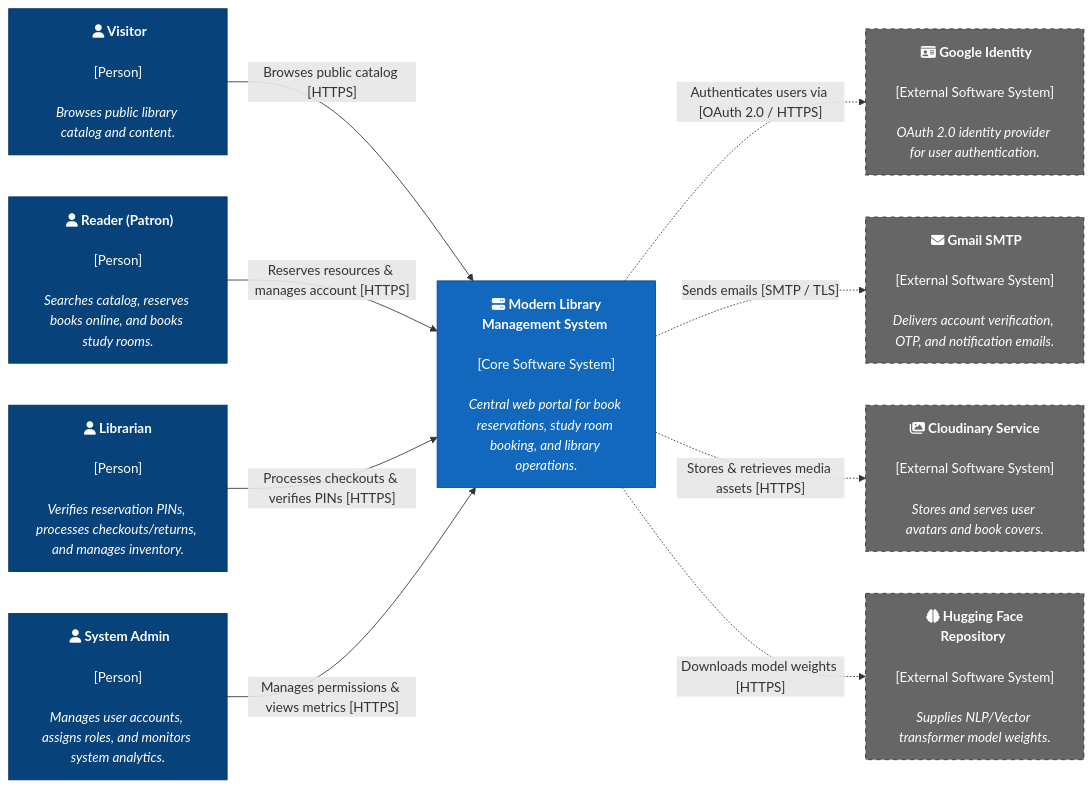
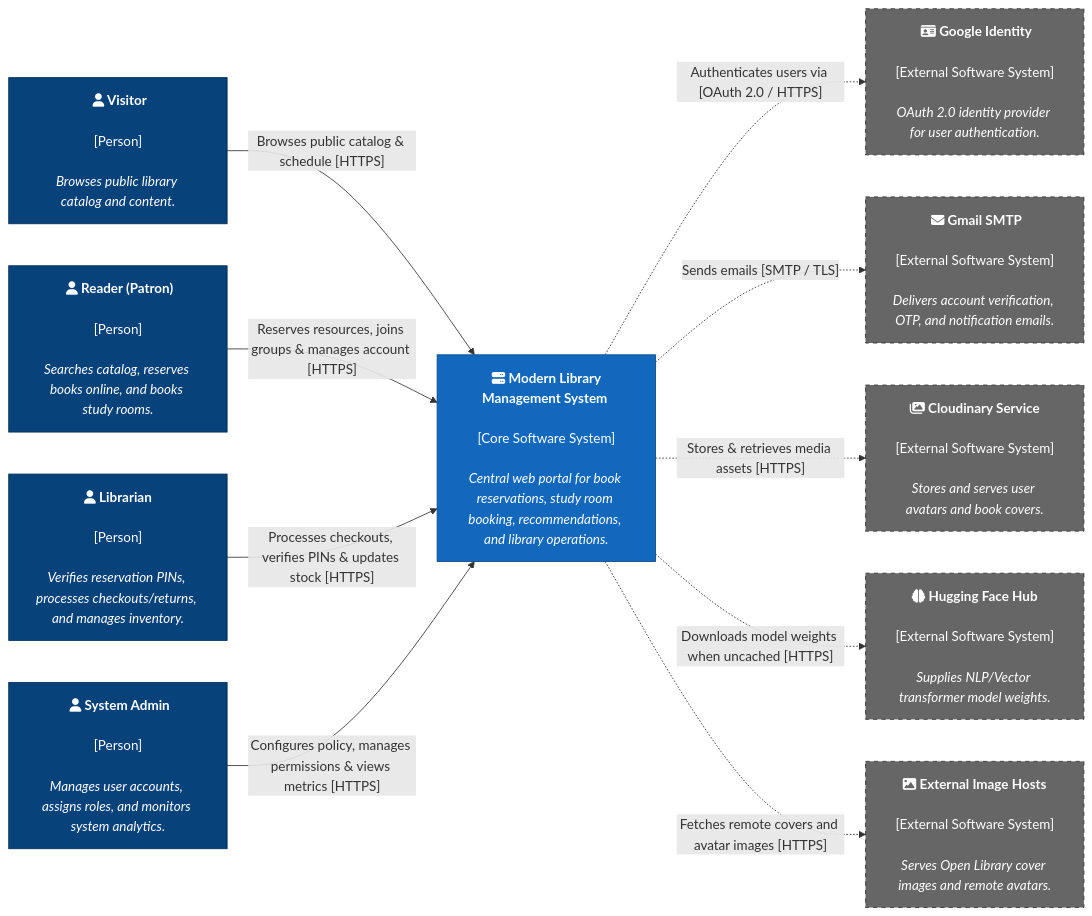
The diagram in C4_document.md (DuyNhat1705/AmeThyst-Library), drawn with Mermaid before and after one commit. The commit also changed other lines of this file, not shown here.

Commit message:
update System context diagram

````diff
--- a/C4_document.md
+++ b/C4_document.md
@@ -39,37 +43,39 @@
 ```mermaid
 flowchart LR
     %% Actors
     Visitor["<b><center> fa:fa-user Visitor</b></center><br/><center>[Person]</center><br/><i>Browses public library catalog and content.</i>"]
     Readers["<b><center> fa:fa-user Reader (Patron)</b></center><br/><center>[Person]</center><br/><i>Searches catalog, reserves books online, and books study rooms.</i>"]
     Librarian["<b><center>fa:fa-user Librarian</center></b><br><center>[Person]</center><br><i>Verifies reservation PINs, processes checkouts/returns, and manages inventory.</i>"]
     SysAdmin["<b><center> fa:fa-user System Admin</center></b><br/><center>[Person]</center><br/><i>Manages user accounts, assigns roles, and monitors system analytics.</i>"]
 
     %% Core System
-    CoreSystem["<b><center> fa:fa-server Modern Library Management System </center></b><br/><center>[Core Software System]</center><br/><i>Central web portal for book reservations, study room booking, and library operations.</i>"]
+    CoreSystem["<b><center> fa:fa-server Modern Library Management System </center></b><br/><center>[Core Software System]</center><br/><i>Central web portal for book reservations, study room booking, recommendations, and library operations.</i>"]
 
     %% External Systems
     GoogleOAuth["<b><center> fa:fa-id-card Google Identity</center></b><br><center>[External Software System]</center><br><i>OAuth 2.0 identity provider for user authentication.</i>"]
     GmailSMTP["<b><center> fa:fa-envelope Gmail SMTP</center></b><br><center>[External Software System]</center><br><i>Delivers account verification, OTP, and notification emails.</i>"]
     Cloudinary["<b><center> fa:fa-images Cloudinary Service</b> </center><br><center>[External Software System]</center><br><i>Stores and serves user avatars and book covers.</i>"]
-    HuggingFace["<b><center> fa:fa-brain Hugging Face Repository</b> </center><br><center>[External Software System]</center><br><i>Supplies NLP/Vector transformer model weights.</i>"]
+    HuggingFace["<b><center> fa:fa-brain Hugging Face Hub</b> </center><br><center>[External Software System]</center><br><i>Supplies NLP/Vector transformer model weights.</i>"]
+    ExternalImages["<b><center> fa:fa-image External Image Hosts</b> </center><br><center>[External Software System]</center><br><i>Serves Open Library cover images and remote avatars.</i>"]
 
     %% Relationships
-    Visitor -->|"Browses public catalog [HTTPS]"| CoreSystem
-    Readers -->|"Reserves resources & manages account [HTTPS]"| CoreSystem
-    Librarian -->|"Processes checkouts & verifies PINs [HTTPS]"| CoreSystem
-    SysAdmin -->|"Manages permissions & views metrics [HTTPS]"| CoreSystem
+    Visitor -->|"Browses public catalog & schedule [HTTPS]"| CoreSystem
+    Readers -->|"Reserves resources, joins groups & manages account [HTTPS]"| CoreSystem
+    Librarian -->|"Processes checkouts, verifies PINs & updates stock [HTTPS]"| CoreSystem
+    SysAdmin -->|"Configures policy, manages permissions & views metrics [HTTPS]"| CoreSystem
 
     CoreSystem -.->|"Authenticates users via [OAuth 2.0 / HTTPS]"| GoogleOAuth
     CoreSystem -.->|"Sends emails [SMTP / TLS]"| GmailSMTP
     CoreSystem -.->|"Stores & retrieves media assets [HTTPS]"| Cloudinary
-    CoreSystem -.->|"Downloads model weights [HTTPS]"| HuggingFace
+    CoreSystem -.->|"Downloads model weights when uncached [HTTPS]"| HuggingFace
+    CoreSystem -.->|"Fetches remote covers and avatar images [HTTPS]"| ExternalImages
 
     %% Styling
     classDef person fill:#08427b,stroke:#052e56,color:#fff;
     classDef coreSystem fill:#1168bd,stroke:#0b4884,color:#fff;
     classDef extSystem fill:#666666,stroke:#333333,color:#fff,stroke-dasharray:5 5;
 
     class Visitor,Readers,SysAdmin,Librarian person;
     class CoreSystem coreSystem;
-    class GoogleOAuth,GmailSMTP,Cloudinary,HuggingFace extSystem;
+    class GoogleOAuth,GmailSMTP,Cloudinary,HuggingFace,ExternalImages extSystem;
 ```
````
